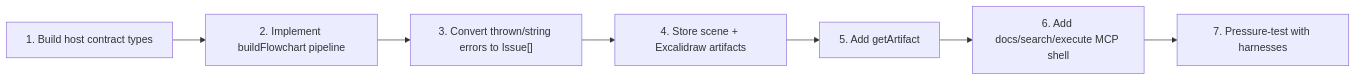
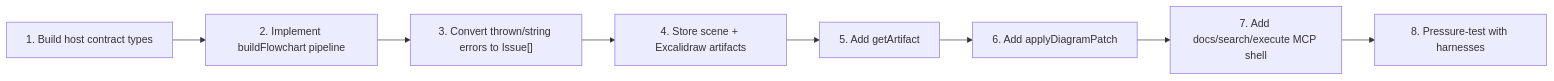
One commit to anand-testcompare/sketchi-v2-lab changed diagram 16 of 17 in docs/mcp-tool-catalog.md. Above: the diagram before and after it, drawn with Mermaid. The commit also changed other lines of this file, not shown here.

Commit message:
docs: add diagram patch contract (#30)

````diff
--- a/docs/mcp-tool-catalog.md
+++ b/docs/mcp-tool-catalog.md
@@ -776,12 +1083,13 @@
 ```mermaid
 flowchart LR
   A["1. Build host contract types"]
   B["2. Implement buildFlowchart pipeline"]
   C["3. Convert thrown/string errors to Issue[]"]
   D["4. Store scene + Excalidraw artifacts"]
   E["5. Add getArtifact"]
-  F["6. Add docs/search/execute MCP shell"]
-  G["7. Pressure-test with harnesses"]
+  F["6. Add applyDiagramPatch"]
+  G["7. Add docs/search/execute MCP shell"]
+  H["8. Pressure-test with harnesses"]
 
-  A --> B --> C --> D --> E --> F --> G
+  A --> B --> C --> D --> E --> F --> G --> H
 ```
````
